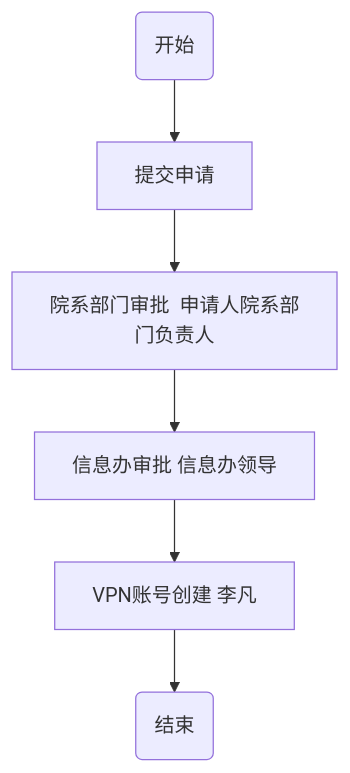
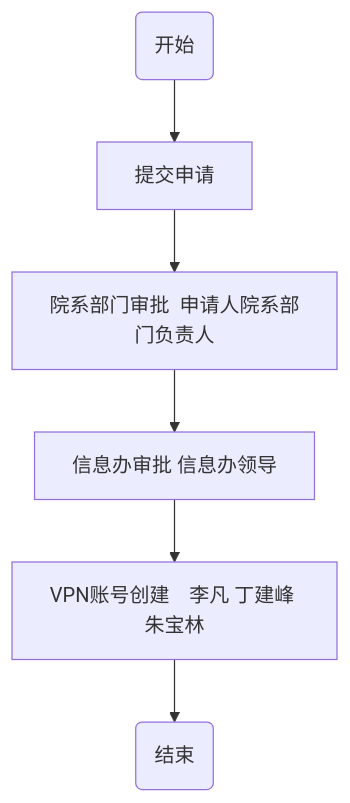
The fourth of 4 diagrams in source/drafts/信息资产申请.md (edsiongithub/hexo_source), drawn with Mermaid before and after one commit. The commit also changed other lines of this file and 13 other files, not shown here.

````diff
--- a/source/drafts/信息资产申请.md
+++ b/source/drafts/信息资产申请.md
@@ -63,9 +50,9 @@
 ```mermaid
 graph TB
 A(开始)-->
 B[提交申请]-->
 C[院系部门审批  申请人院系部门负责人] -->
 D[信息办审批  信息办领导] -->
-E[VPN账号创建    李凡]--> 
+E[VPN账号创建    李凡 丁建峰 朱宝林]--> 
 K(结束)
 ```
````
